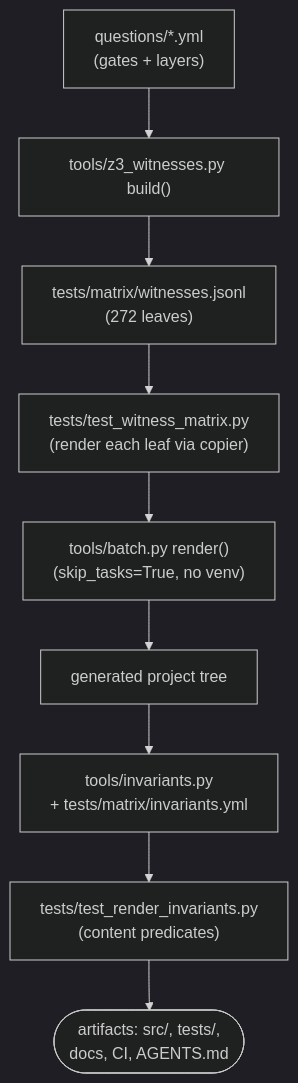
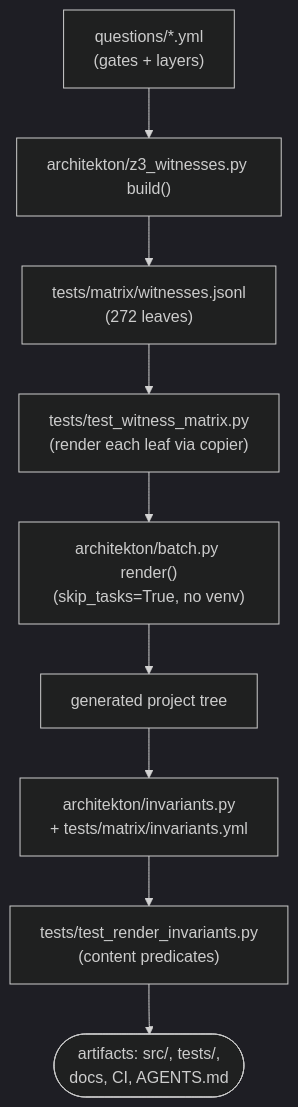
The first of 4 diagrams in docs/explanations/flows.md (kasi-x/python-copier-template), drawn with Mermaid (dark theme) before and after one commit. The commit also changed other lines of this file and 253 other files, not shown here.

First line of the commit message:
refactor!: rename internal package tools -> architekton

````diff
--- a/docs/explanations/flows.md
+++ b/docs/explanations/flows.md
@@ -14,11 +14,11 @@
 ```mermaid
 flowchart TD
-    Q["questions/*.yml<br/>(gates + layers)"] --> Z3["tools/z3_witnesses.py build()"]
+    Q["questions/*.yml<br/>(gates + layers)"] --> Z3["architekton/z3_witnesses.py build()"]
     Z3 --> WL["tests/matrix/witnesses.jsonl<br/>(272 leaves)"]
     WL --> TW["tests/test_witness_matrix.py<br/>(render each leaf via copier)"]
-    TW --> BR["tools/batch.py render()<br/>(skip_tasks=True, no venv)"]
+    TW --> BR["architekton/batch.py render()<br/>(skip_tasks=True, no venv)"]
     BR --> GP["generated project tree"]
-    GP --> IV["tools/invariants.py<br/>+ tests/matrix/invariants.yml"]
+    GP --> IV["architekton/invariants.py<br/>+ tests/matrix/invariants.yml"]
     IV --> TRI["tests/test_render_invariants.py<br/>(content predicates)"]
     TRI --> OK(["artifacts: src/, tests/,<br/>docs, CI, AGENTS.md"])
 ```
````
